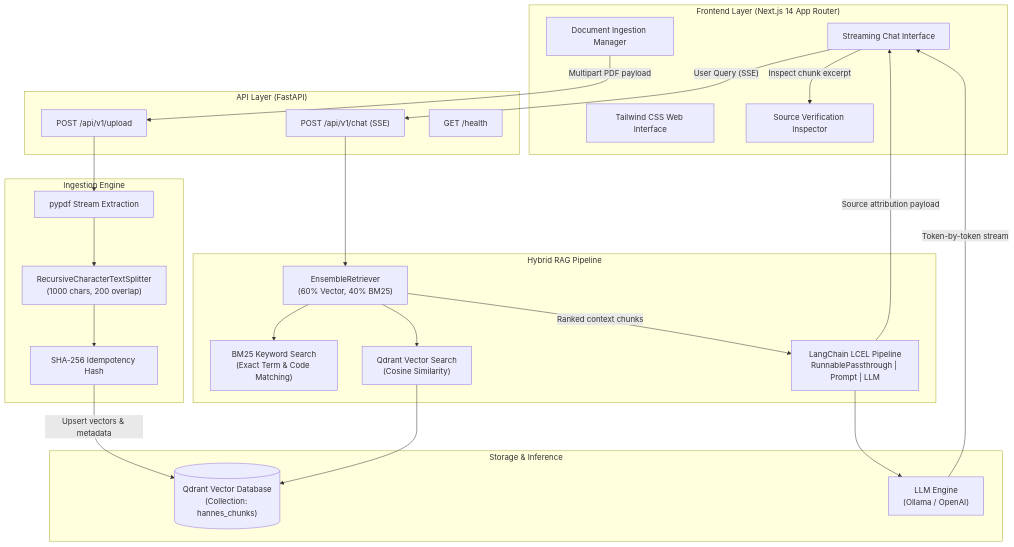
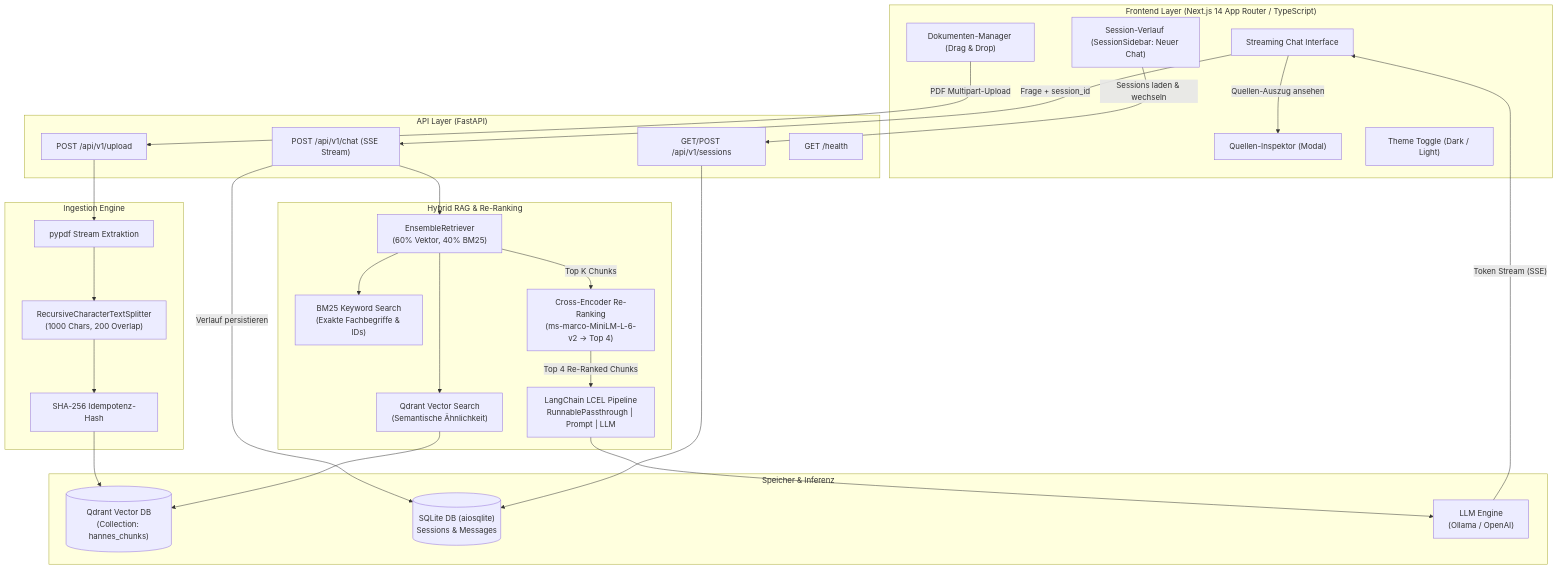
The diagram in README.md (Hannes-Hu/Hannes-AI), drawn with Mermaid before and after one commit. The commit also changed other lines of this file and 35 other files, not shown here.

Commit message:
add advanced local RAG features (SSE streaming, local reranking & chat history)

````diff
--- a/README.md
+++ b/README.md
@@ -19,47 +19,53 @@
 ```mermaid
 flowchart TD
-    subgraph Client["Frontend Layer (Next.js 14 App Router)"]
-        UI["Tailwind CSS Web Interface"]
-        UploadZone["Document Ingestion Manager"]
+    subgraph Client["Frontend Layer (Next.js 14 App Router / TypeScript)"]
+        Sidebar["Session-Verlauf (SessionSidebar: Neuer Chat)"]
+        UploadZone["Dokumenten-Manager (Drag & Drop)"]
         ChatInterface["Streaming Chat Interface"]
-        SourceModal["Source Verification Inspector"]
+        SourceModal["Quellen-Inspektor (Modal)"]
+        Theme["Theme Toggle (Dark / Light)"]
     end
 
     subgraph Gateway["API Layer (FastAPI)"]
         UploadEndpoint["POST /api/v1/upload"]
-        ChatEndpoint["POST /api/v1/chat (SSE)"]
+        ChatEndpoint["POST /api/v1/chat (SSE Stream)"]
+        SessionsEndpoint["GET/POST /api/v1/sessions"]
         HealthEndpoint["GET /health"]
     end
 
     subgraph Ingestion["Ingestion Engine"]
-        Parser["pypdf Stream Extraction"]
-        Chunker["RecursiveCharacterTextSplitter\n(1000 chars, 200 overlap)"]
-        Hasher["SHA-256 Idempotency Hash"]
+        Parser["pypdf Stream Extraktion"]
+        Chunker["RecursiveCharacterTextSplitter\n(1000 Chars, 200 Overlap)"]
+        Hasher["SHA-256 Idempotenz-Hash"]
     end
 
-    subgraph Retrieval["Hybrid RAG Pipeline"]
-        BM25["BM25 Keyword Search\n(Exact Term & Code Matching)"]
-        QdrantRetriever["Qdrant Vector Search\n(Cosine Similarity)"]
-        Ensemble["EnsembleRetriever\n(60% Vector, 40% BM25)"]
+    subgraph Retrieval["Hybrid RAG & Re-Ranking"]
+        BM25["BM25 Keyword Search\n(Exakte Fachbegriffe & IDs)"]
+        QdrantRetriever["Qdrant Vector Search\n(Semantische Ähnlichkeit)"]
+        Ensemble["EnsembleRetriever\n(60% Vektor, 40% BM25)"]
+        Reranker["Cross-Encoder Re-Ranking\n(ms-marco-MiniLM-L-6-v2 → Top 4)"]
         LCEL["LangChain LCEL Pipeline\nRunnablePassthrough | Prompt | LLM"]
     end
 
-    subgraph Persistence["Storage & Inference"]
-        Qdrant[("Qdrant Vector Database\n(Collection: hannes_chunks)")]
+    subgraph Persistence["Speicher & Inferenz"]
+        Qdrant[("Qdrant Vector DB\n(Collection: hannes_chunks)")]
+        SQLite[("SQLite DB (aiosqlite)\nSessions & Messages")]
         InferenceEngine["LLM Engine\n(Ollama / OpenAI)"]
     end
 
-    UploadZone -->|"Multipart PDF payload"| UploadEndpoint
-    UploadEndpoint --> Parser --> Chunker --> Hasher
-    Hasher -->|"Upsert vectors & metadata"| Qdrant
+    Sidebar -->|"Sessions laden & wechseln"| SessionsEndpoint
+    UploadZone -->|"PDF Multipart-Upload"| UploadEndpoint
+    UploadEndpoint --> Parser --> Chunker --> Hasher --> Qdrant
 
-    ChatInterface -->|"User Query (SSE)"| ChatEndpoint
+    ChatInterface -->|"Frage + session_id"| ChatEndpoint
     ChatEndpoint --> Ensemble
     Ensemble --> QdrantRetriever & BM25
     QdrantRetriever --> Qdrant
-    Ensemble -->|"Ranked context chunks"| LCEL
+    Ensemble -->|"Top K Chunks"| Reranker
+    Reranker -->|"Top 4 Re-Ranked Chunks"| LCEL
     LCEL --> InferenceEngine
-    InferenceEngine -->|"Token-by-token stream"| ChatInterface
-    LCEL -->|"Source attribution payload"| ChatInterface
-    ChatInterface -->|"Inspect chunk excerpt"| SourceModal
+    InferenceEngine -->|"Token Stream (SSE)"| ChatInterface
+    ChatEndpoint -->|"Verlauf persistieren"| SQLite
+    SessionsEndpoint --> SQLite
+    ChatInterface -->|"Quellen-Auszug ansehen"| SourceModal
 ```
````
